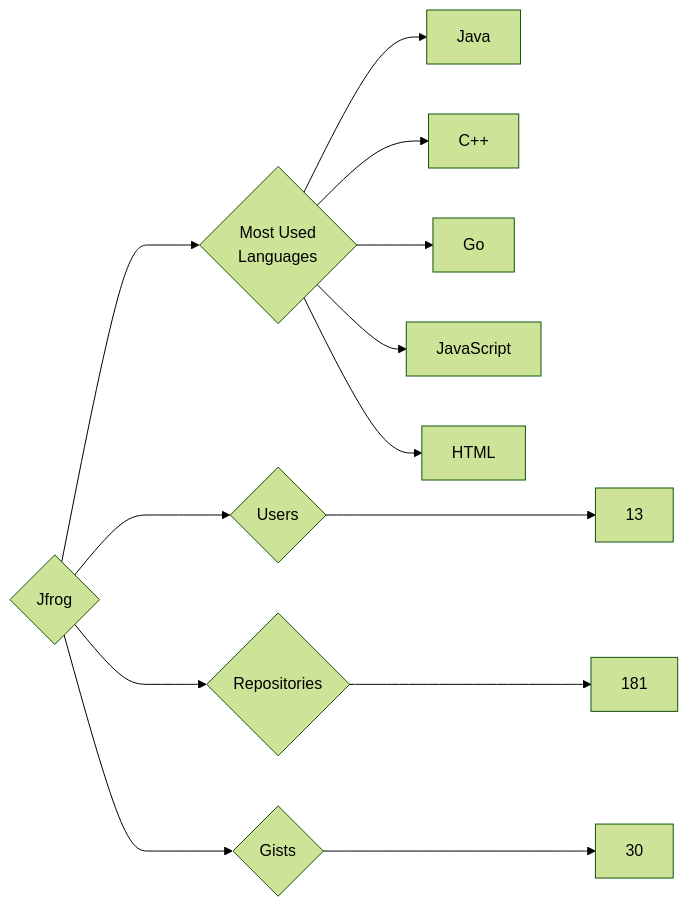
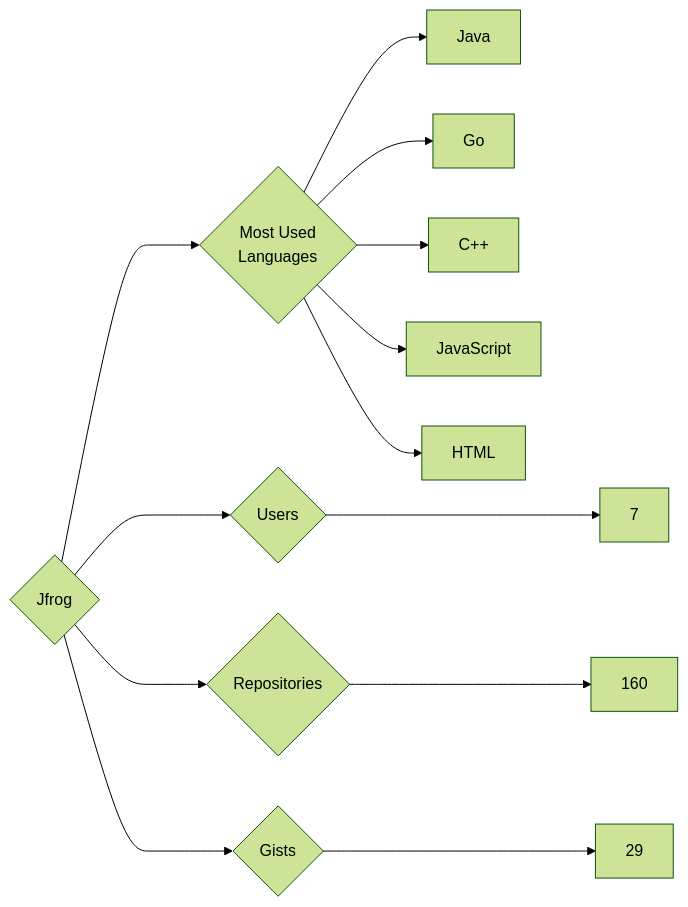
One commit to trickest/insiders changed the diagram in targets/Jfrog/README.md. Above: the diagram before and after it, drawn with Mermaid (forest theme). The commit also changed 944 other files, not shown here.

````diff
--- a/targets/Jfrog/README.md
+++ b/targets/Jfrog/README.md
@@ -3,13 +3,13 @@
 ```mermaid
 graph LR
 COMPANY_NAME{Jfrog}
-COMPANY_NAME ---> U{Users} ---> UN[13]
-COMPANY_NAME ---> R{Repositories} ---> RN[181]
-COMPANY_NAME ---> G{Gists} ---> GN[30]
+COMPANY_NAME ---> U{Users} ---> UN[7]
+COMPANY_NAME ---> R{Repositories} ---> RN[160]
+COMPANY_NAME ---> G{Gists} ---> GN[29]
 COMPANY_NAME ---> ML{Most Used<br>Languages}
 ML --> Java[Java]
+ML --> Go[Go]
 ML --> C++[C++]
-ML --> Go[Go]
 ML --> JavaScript[JavaScript]
 ML --> HTML[HTML]
 ```
````
